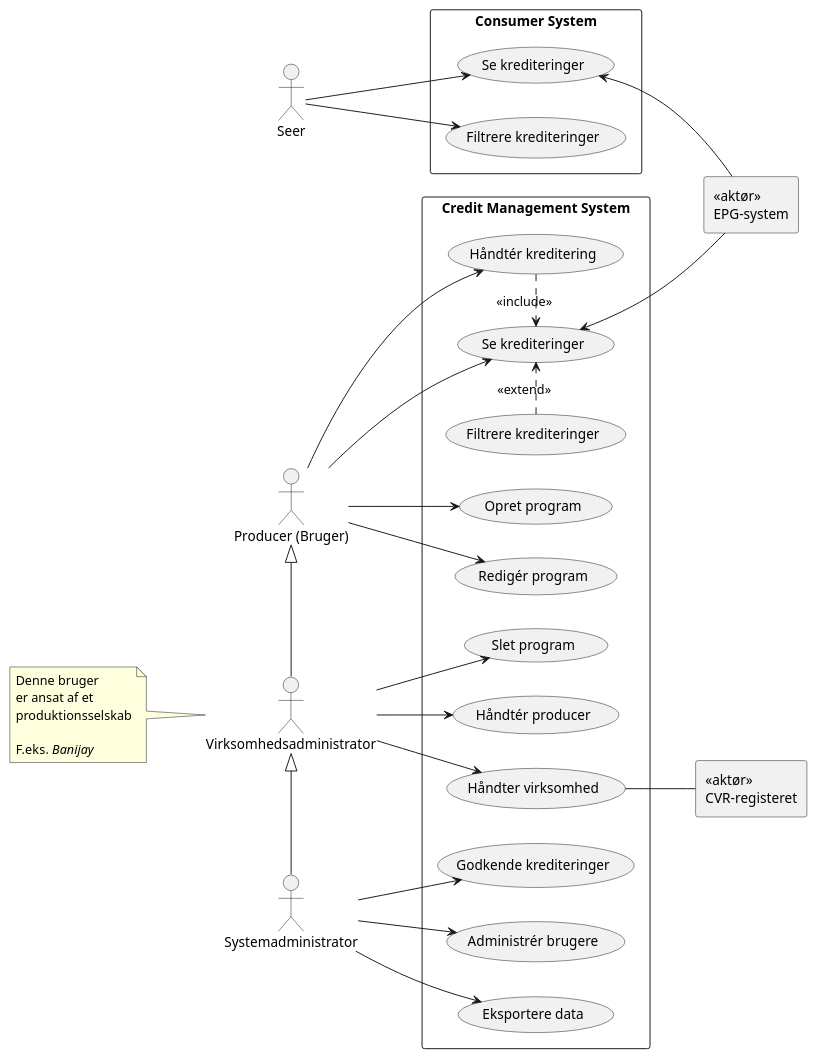
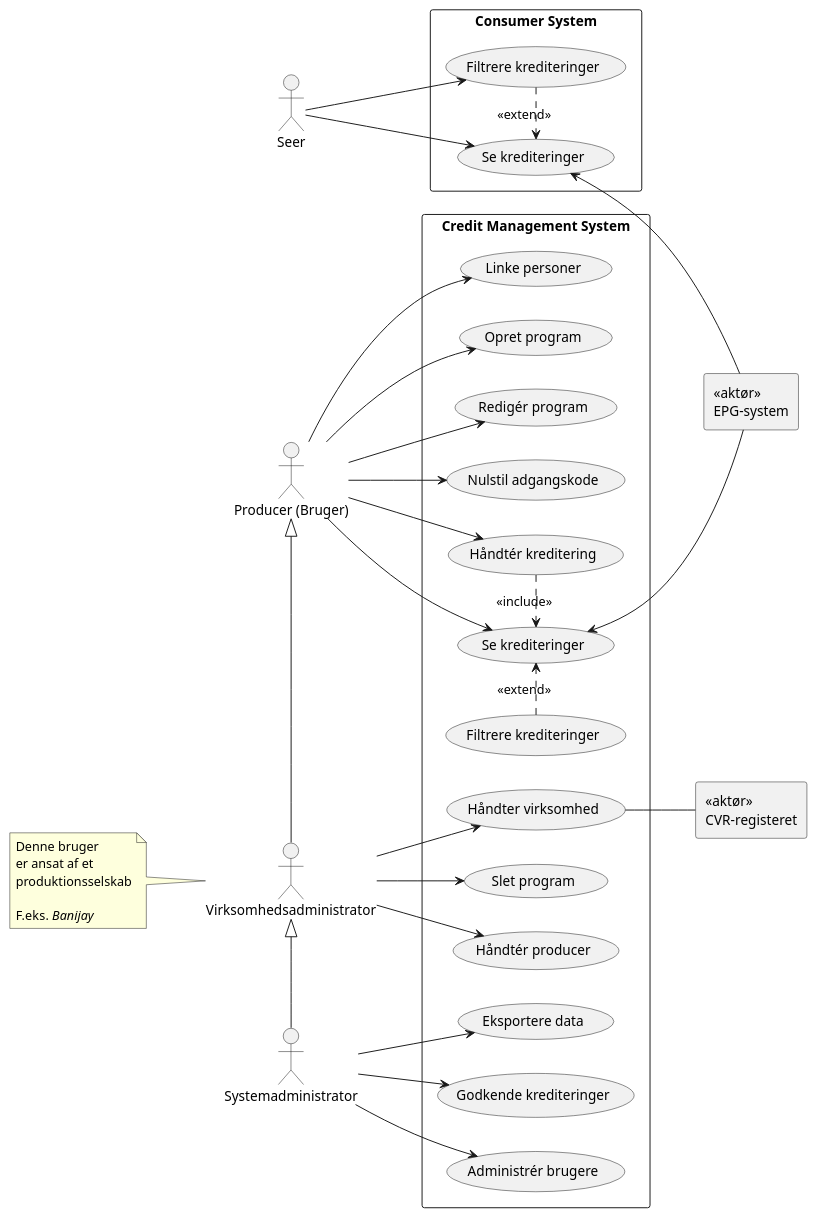
Before and after one commit to amatzen/SE02-SE-G02-SPRO: the diagram in uml/use_case/use_case_extended.puml, drawn with PlantUML.

Commit message:
Updated extended use case diagram

```diff
--- a/uml/use_case/use_case_extended.puml
+++ b/uml/use_case/use_case_extended.puml
@@ -1,83 +1,88 @@
 @startuml
 'https://plantuml.com/use-case-diagram
 left to right direction
 
 actor "Producer (Bruger)" as producer
 actor Systemadministrator as administrator
 actor Seer as seer
 
 actor Virksomhedsadministrator as virksomhedsadministrator
 note left of virksomhedsadministrator
     Denne bruger
     er ansat af et
     produktionsselskab
 
     F.eks. //Banijay//
 end note
 
 rectangle "<<aktør>>\nEPG-system" as epg
 rectangle "<<aktør>>\nCVR-registeret" as cvr
 
 rectangle "Consumer System" {
     usecase "Se krediteringer" as (CS:Se krediteringer)
     usecase "Filtrere krediteringer" as (CS:Filtrere krediteringer)
 }
 
 rectangle "Credit Management System" {
     'Krediteringer
     usecase "Se krediteringer" as (Se krediteringer)
     usecase "Filtrere krediteringer" as (Filtrere krediteringer)
     usecase "Godkende krediteringer" as (Godkende krediteringer)
     usecase "Håndtér kreditering" as (Håndter kreditering)
+    usecase "Linke personer" as (Linke personer)
 
     'Programmer
     usecase "Opret program" as (Opret program)
     usecase "Redigér program" as (Rediger program)
     usecase "Slet program" as (Slet program)
 
-    'Brugere
     usecase "Administrér brugere" as (Administrer brugere)
 
     usecase "Håndtér producer" as (Håndter producer)
 
     usecase "Håndter virksomhed" as (Håndter virksomhed)
 
     usecase "Eksportere data" as (Eksportere data)
+
+    usecase "Nulstil adgangskode" as (Nulstil adgangskode)
 }
 
+(CS:Filtrere krediteringer) .> (CS:Se krediteringer) : <<extend>>
 (Håndter kreditering) .> (Se krediteringer) : <<include>>
 (Filtrere krediteringer) .> (Se krediteringer) : <<extend>>
 
 'Seer
 seer --> (CS:Se krediteringer)
 seer --> (CS:Filtrere krediteringer)
 
 'Producer
 producer --> (Se krediteringer)
 producer --> (Håndter kreditering)
+producer --> (Nulstil adgangskode)
 
 producer --> (Opret program)
 producer --> (Rediger program)
+producer --> (Linke personer)
 
 'Virksomhedsadministrator
 virksomhedsadministrator --> (Håndter producer)
 virksomhedsadministrator --> (Håndter virksomhed)
 virksomhedsadministrator --> (Slet program)
 
 'EPG
+(CS:Se krediteringer) <-- epg
 (Se krediteringer) <-- epg
-(CS:Se krediteringer) <-- epg
 
 'CVR
 (Håndter virksomhed) -- cvr
 
 'Systemadministrator
 administrator --> (Eksportere data)
 administrator --> (Godkende krediteringer)
 administrator --> (Administrer brugere)
 
 'Generalisering
 virksomhedsadministrator -l-|> producer
 administrator -l-|> virksomhedsadministrator
 
 @enduml
```
